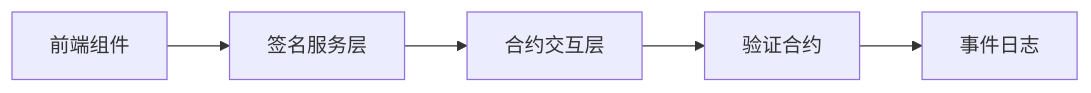
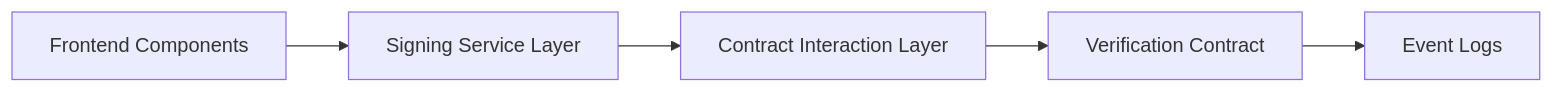
Before and after one commit to woodywang/woodywang.github.io: the diagram in _posts/2025-09-05-ai-programming-workflow-en.md, drawn with Mermaid. The commit also changed 5 other files, not shown here.

First line of the commit message:
fix: translate Chinese text in mermaid diagrams across all English posts

````diff
--- a/_posts/2025-09-05-ai-programming-workflow-en.md
+++ b/_posts/2025-09-05-ai-programming-workflow-en.md
@@ -85,7 +85,7 @@
 ```mermaid
 graph LR
-A[前端组件] --> B[签名服务层]
-B --> C[合约交互层]
-C --> D[验证合约]
-D --> E[事件日志]
+A[Frontend Components] --> B[Signing Service Layer]
+B --> C[Contract Interaction Layer]
+C --> D[Verification Contract]
+D --> E[Event Logs]
 ```
````
